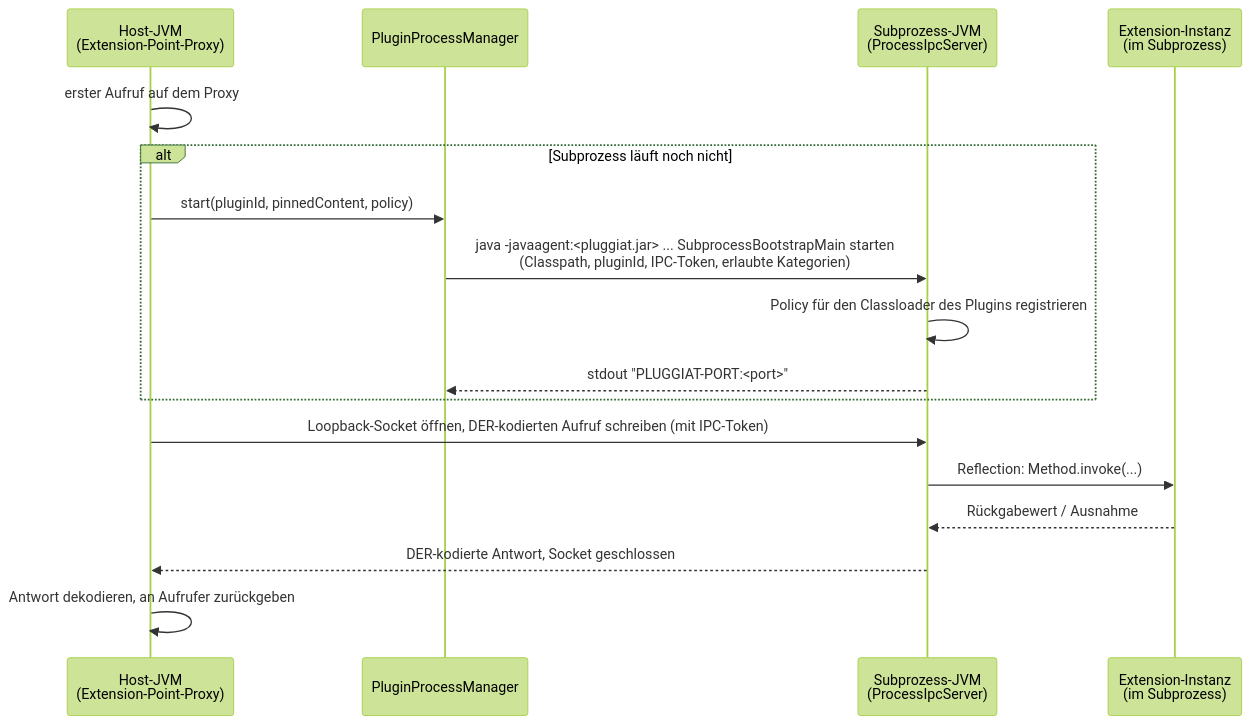
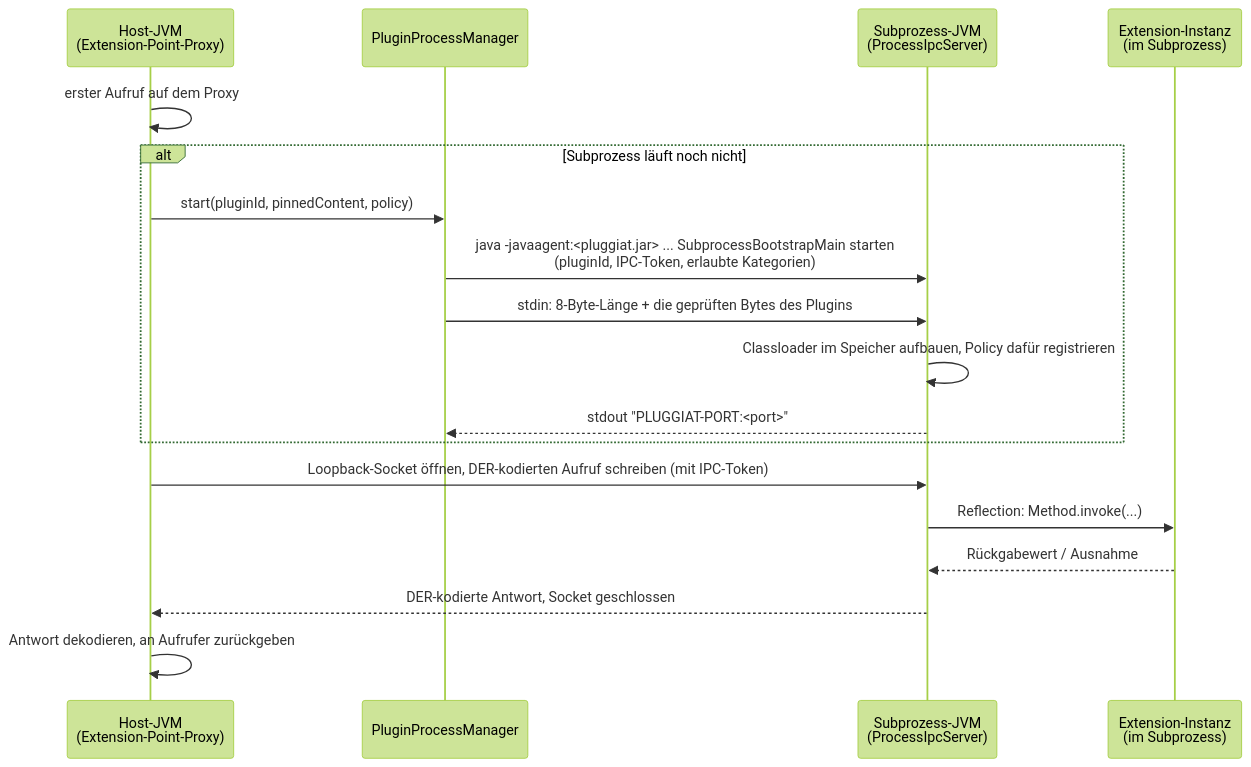
The second of 2 diagrams in docs/docs/host-integration/sandbox.de.md (KleinerHacker/pluggiat), drawn with Mermaid (forest theme) before and after one commit. The commit also changed other lines of this file and 84 other files, not shown here.

Commit message:
Remove support for multi-JAR plugin scanning and related checksum security logic.

````diff
--- a/docs/docs/host-integration/sandbox.de.md
+++ b/docs/docs/host-integration/sandbox.de.md
@@ -260,20 +298,21 @@
 ```mermaid
 sequenceDiagram
     participant Host as Host-JVM<br/>(Extension-Point-Proxy)
     participant Mgr as PluginProcessManager
     participant Sub as Subprozess-JVM<br/>(ProcessIpcServer)
     participant Ext as Extension-Instanz<br/>(im Subprozess)
 
     Host->>Host: erster Aufruf auf dem Proxy
     alt Subprozess läuft noch nicht
         Host->>Mgr: start(pluginId, pinnedContent, policy)
-        Mgr->>Sub: java -javaagent:<pluggiat.jar> ... SubprocessBootstrapMain starten<br/>(Classpath, pluginId, IPC-Token, erlaubte Kategorien)
-        Sub->>Sub: Policy für den Classloader des Plugins registrieren
+        Mgr->>Sub: java -javaagent:<pluggiat.jar> ... SubprocessBootstrapMain starten<br/>(pluginId, IPC-Token, erlaubte Kategorien)
+        Mgr->>Sub: stdin: 8-Byte-Länge + die geprüften Bytes des Plugins
+        Sub->>Sub: Classloader im Speicher aufbauen, Policy dafür registrieren
         Sub-->>Mgr: stdout "PLUGGIAT-PORT:<port>"
     end
     Host->>Sub: Loopback-Socket öffnen, DER-kodierten Aufruf schreiben (mit IPC-Token)
     Sub->>Ext: Reflection: Method.invoke(...)
     Ext-->>Sub: Rückgabewert / Ausnahme
     Sub-->>Host: DER-kodierte Antwort, Socket geschlossen
     Host->>Host: Antwort dekodieren, an Aufrufer zurückgeben
 ```
````
